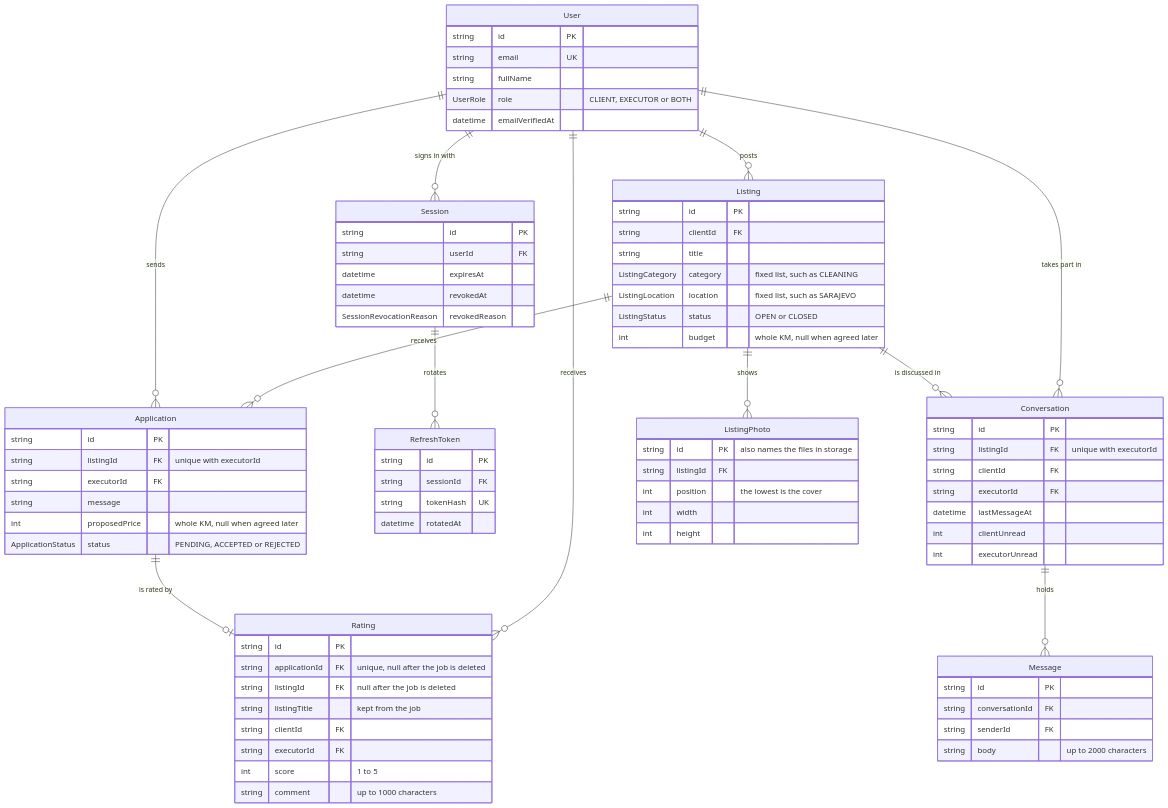
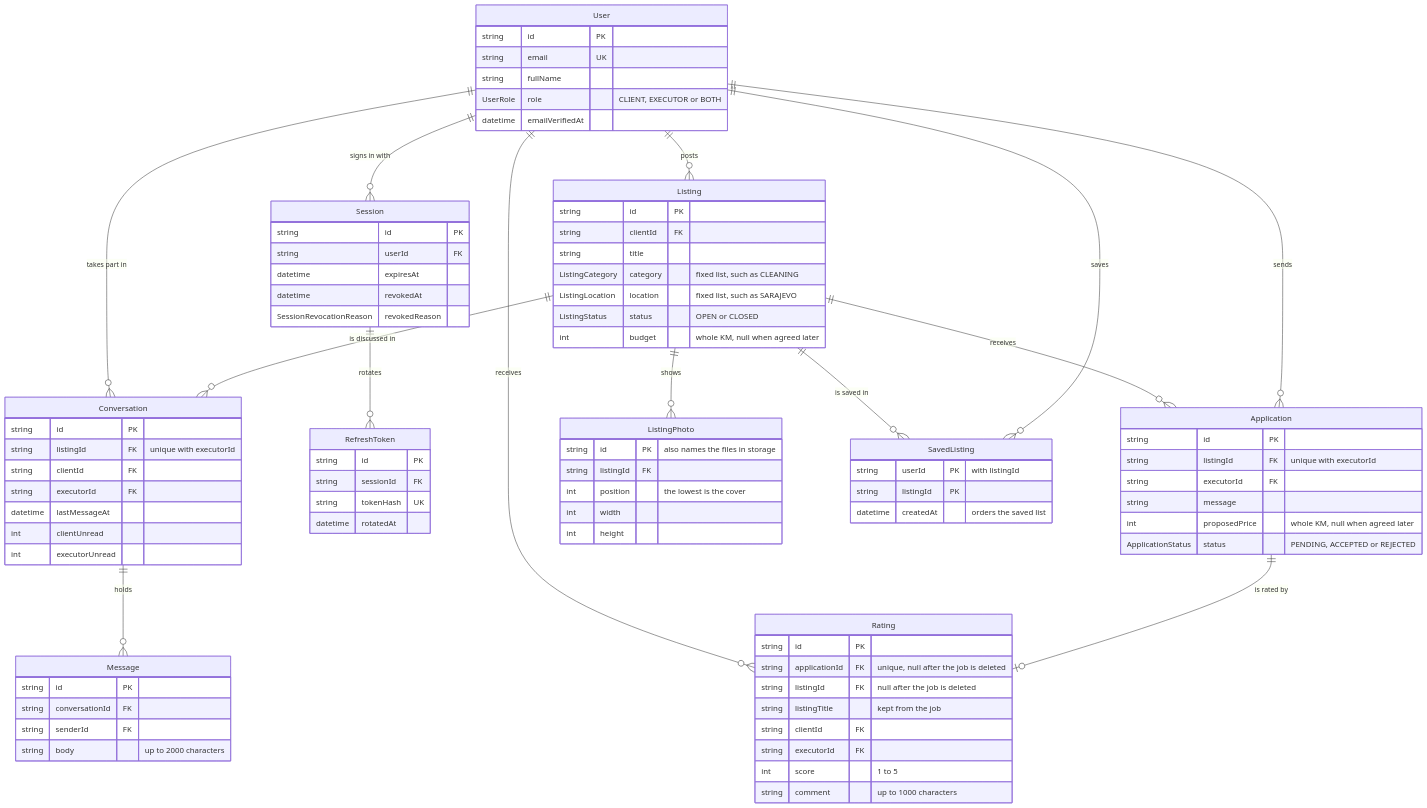
One commit to Muhamed2805/SaStrane changed the third of 3 diagrams in README.md. Above: the diagram before and after it, drawn with Mermaid. The commit also changed other lines of this file and 21 other files, not shown here.

````diff
--- a/README.md
+++ b/README.md
@@ -246,6 +248,8 @@
   Application ||--o| Rating : "is rated by"
   User ||--o{ Rating : receives
   Listing ||--o{ ListingPhoto : shows
+  User ||--o{ SavedListing : saves
+  Listing ||--o{ SavedListing : "is saved in"
 
   User {
     string id PK
@@ -316,4 +320,9 @@
     int width
     int height
   }
+  SavedListing {
+    string userId PK "with listingId"
+    string listingId PK
+    datetime createdAt "orders the saved list"
+  }
 ```
````
